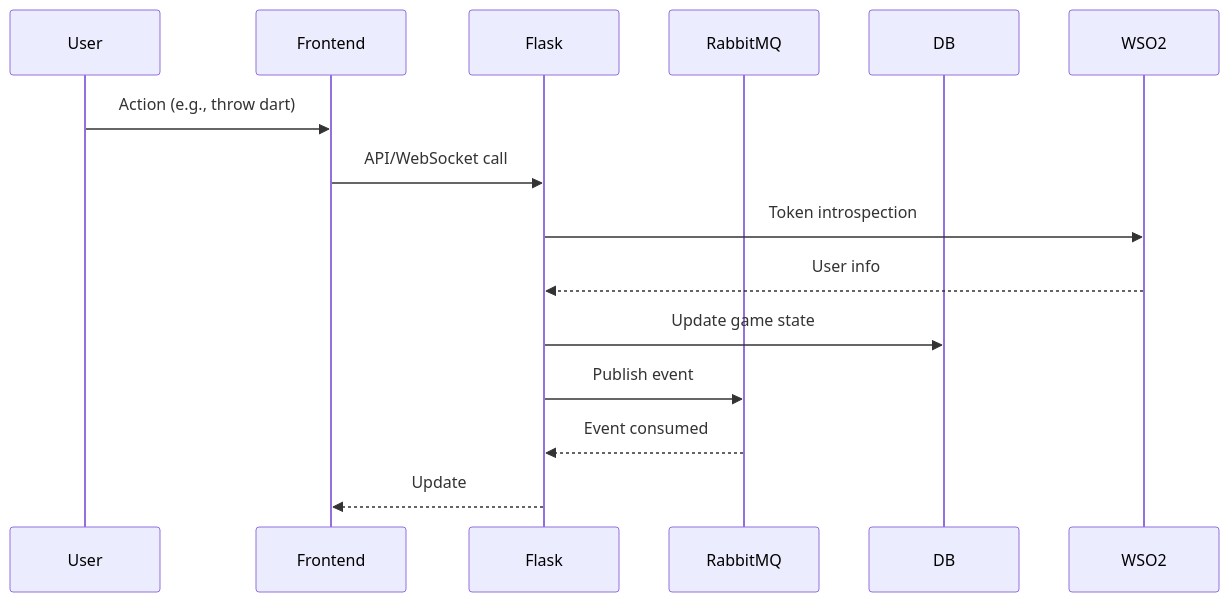
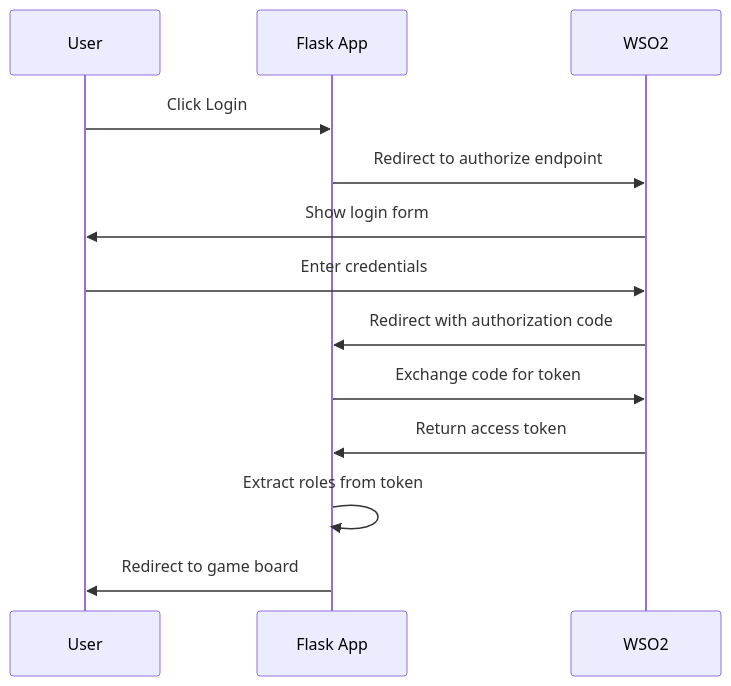
The third of 11 diagrams in doc/ARCHITECTURE.md (dgroen/dartserver-pythonapp), drawn with Mermaid before and after one commit. The commit also changed other lines of this file and 22 other files, not shown here.

````diff
--- a/doc/ARCHITECTURE.md
+++ b/doc/ARCHITECTURE.md
@@ -51,17 +73,16 @@
 ```mermaid
 sequenceDiagram
     participant User
-    participant Frontend
-    participant Flask
-    participant RabbitMQ
-    participant DB
+    participant App as Flask App
     participant WSO2
-    User->>Frontend: Action (e.g., throw dart)
-    Frontend->>Flask: API/WebSocket call
-    Flask->>WSO2: Token introspection
-    WSO2-->>Flask: User info
-    Flask->>DB: Update game state
-    Flask->>RabbitMQ: Publish event
-    RabbitMQ-->>Flask: Event consumed
-    Flask-->>Frontend: Update
+    
+    User->>App: Click Login
+    App->>WSO2: Redirect to authorize endpoint
+    WSO2->>User: Show login form
+    User->>WSO2: Enter credentials
+    WSO2->>App: Redirect with authorization code
+    App->>WSO2: Exchange code for token
+    WSO2->>App: Return access token
+    App->>App: Extract roles from token
+    App->>User: Redirect to game board
 ```
````
